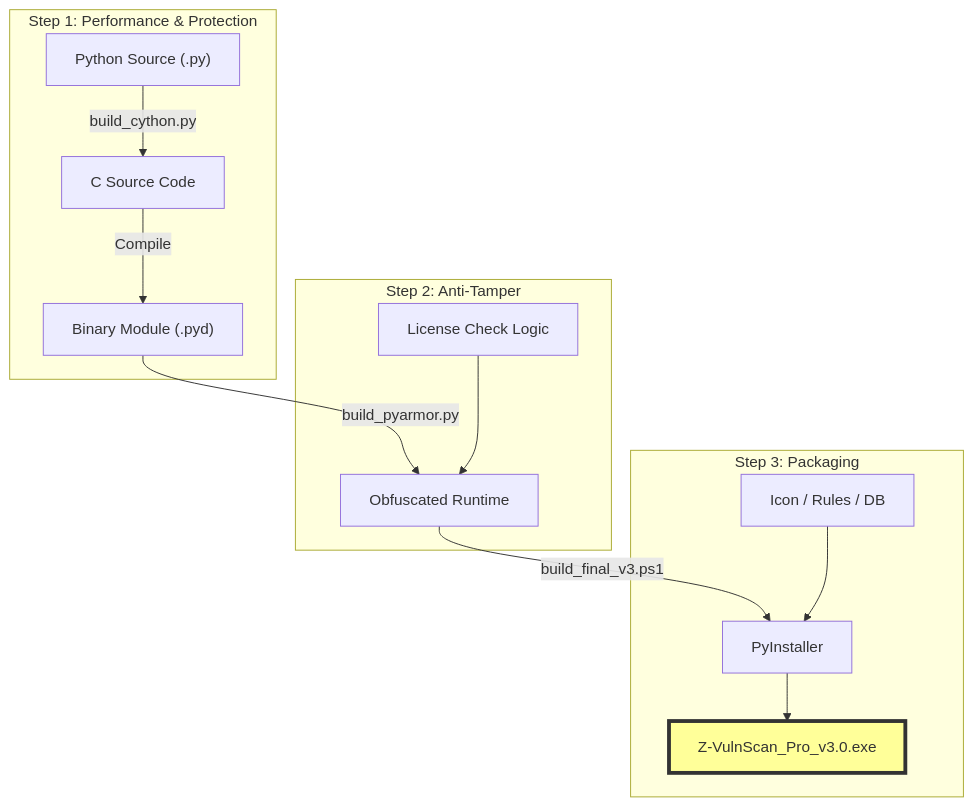
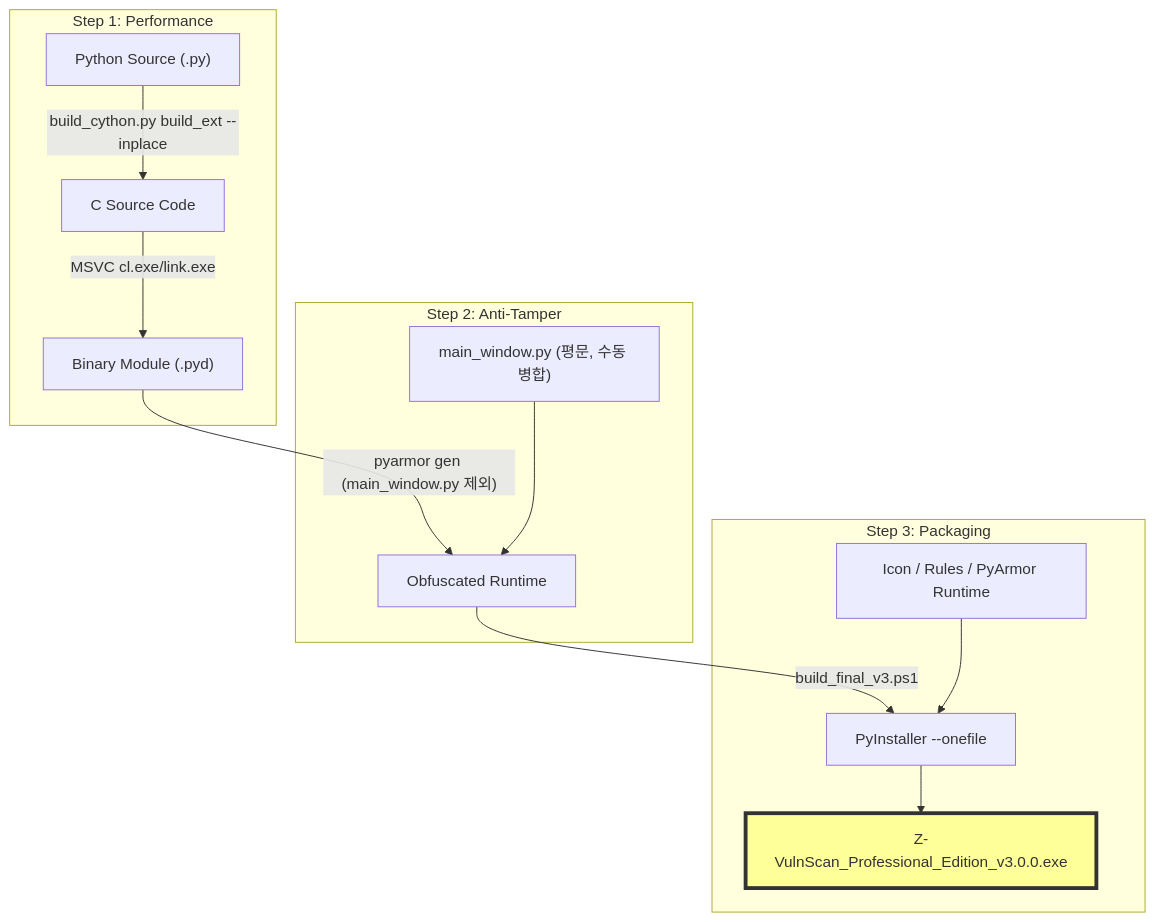
One commit to rorena15/Z-V_Scan changed the fifth of 5 diagrams in 기술 명세서.md. Above: the diagram before and after it, drawn with Mermaid. The commit also changed other lines of this file and 4 other files, not shown here.

````diff
--- a/기술 명세서.md
+++ b/기술 명세서.md
@@ -144,22 +188,22 @@
 ```mermaid
 graph TD
     Src["Python Source (.py)"]
-    
-    subgraph "Step 1: Performance & Protection"
-        Src -->|"build_cython.py"| C["C Source Code"]
-        C -->|Compile| PYD["Binary Module (.pyd)"]
+
+    subgraph "Step 1: Performance"
+        Src -->|"build_cython.py build_ext --inplace"| C["C Source Code"]
+        C -->|"MSVC cl.exe/link.exe"| PYD["Binary Module (.pyd)"]
     end
-    
+
     subgraph "Step 2: Anti-Tamper"
-        PYD -->|"build_pyarmor.py"| Obf["Obfuscated Runtime"]
-        License["License Check Logic"] --> Obf
+        PYD -->|"pyarmor gen (main_window.py 제외)"| Obf["Obfuscated Runtime"]
+        Plain["main_window.py (평문, 수동 병합)"] --> Obf
     end
-    
+
     subgraph "Step 3: Packaging"
-        Obf -->|"build_final_v3.ps1"| Installer["PyInstaller"]
-        Assets["Icon / Rules / DB"] --> Installer
-        Installer --> EXE["Z-VulnScan_Pro_v3.0.exe"]
+        Obf -->|"build_final_v3.ps1"| Installer["PyInstaller --onefile"]
+        Assets["Icon / Rules / PyArmor Runtime"] --> Installer
+        Installer --> EXE["Z-VulnScan_Professional_Edition_v3.0.0.exe"]
     end
-    
+
     style EXE fill:#ff9,stroke:#333,stroke-width:4px
 ```
````
